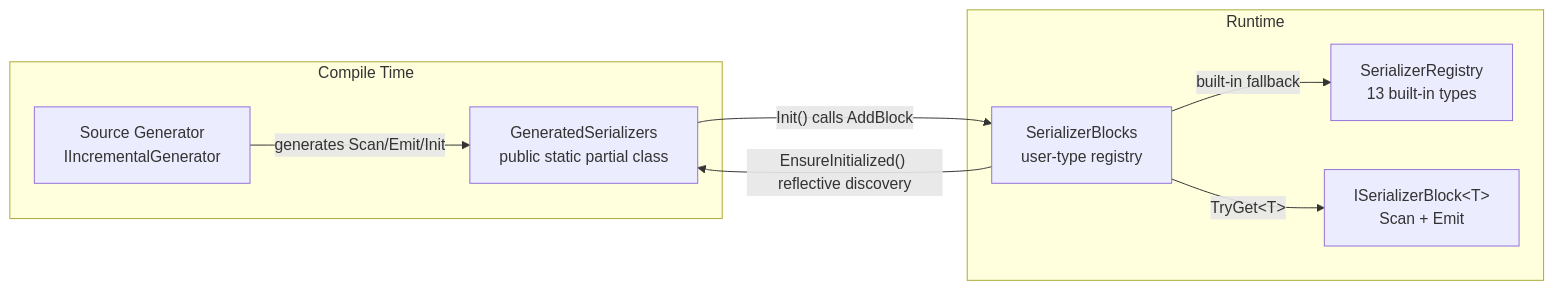
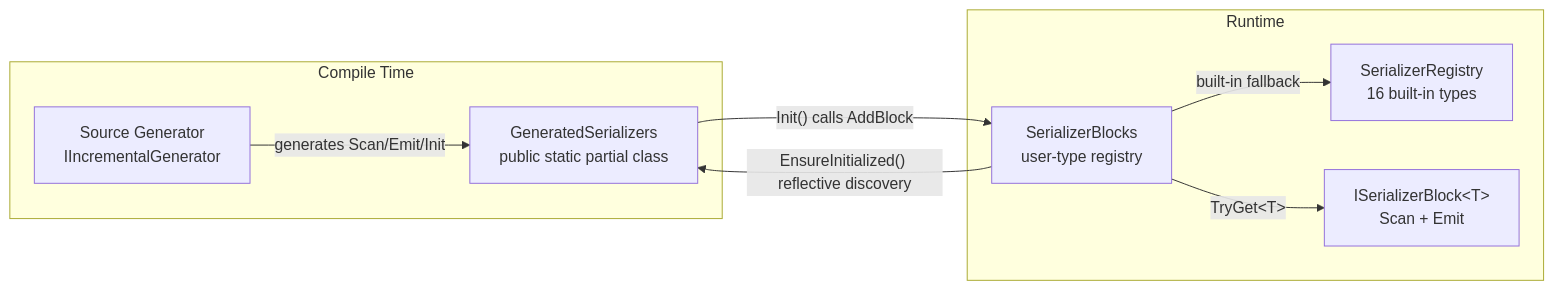
One commit to twds0x13/SourceSerializer changed the second of 2 diagrams in docs/en/guide/core-concepts.md. Above: the diagram before and after it, drawn with Mermaid. The commit also changed other lines of this file and 33 other files, not shown here.

First line of the commit message:
feat: expand built-in types from 13 to 16 (add IntPtr, UIntPtr, Guid)

````diff
--- a/docs/en/guide/core-concepts.md
+++ b/docs/en/guide/core-concepts.md
@@ -40,17 +40,17 @@
 ```mermaid
 flowchart LR
     subgraph COMPILE["Compile Time"]
         SG["Source Generator<br/>IIncrementalGenerator"]
         GS["GeneratedSerializers<br/>public static partial class"]
     end
     subgraph RUNTIME["Runtime"]
         SB["SerializerBlocks<br/>user-type registry"]
-        SR["SerializerRegistry<br/>13 built-in types"]
+        SR["SerializerRegistry<br/>16 built-in types"]
         IB["ISerializerBlock&lt;T&gt;<br/>Scan + Emit"]
     end
     SG -->|"generates Scan/Emit/Init"| GS
     GS -->|"Init() calls AddBlock"| SB
     SB -->|"TryGet&lt;T&gt;"| IB
     SB -->|"EnsureInitialized() reflective discovery"| GS
     SB -->|"built-in fallback"| SR
 ```
````
